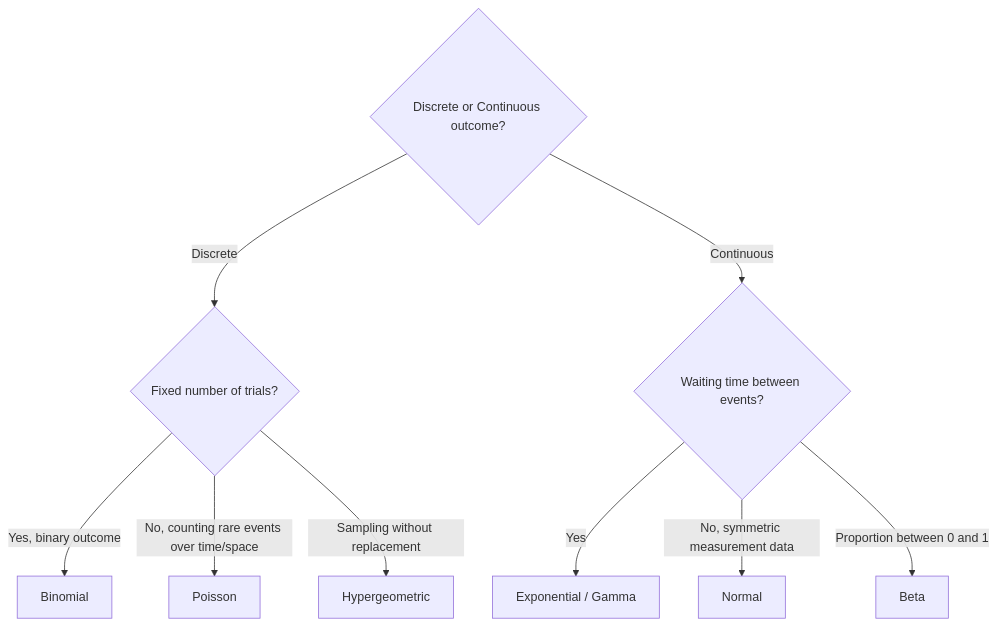
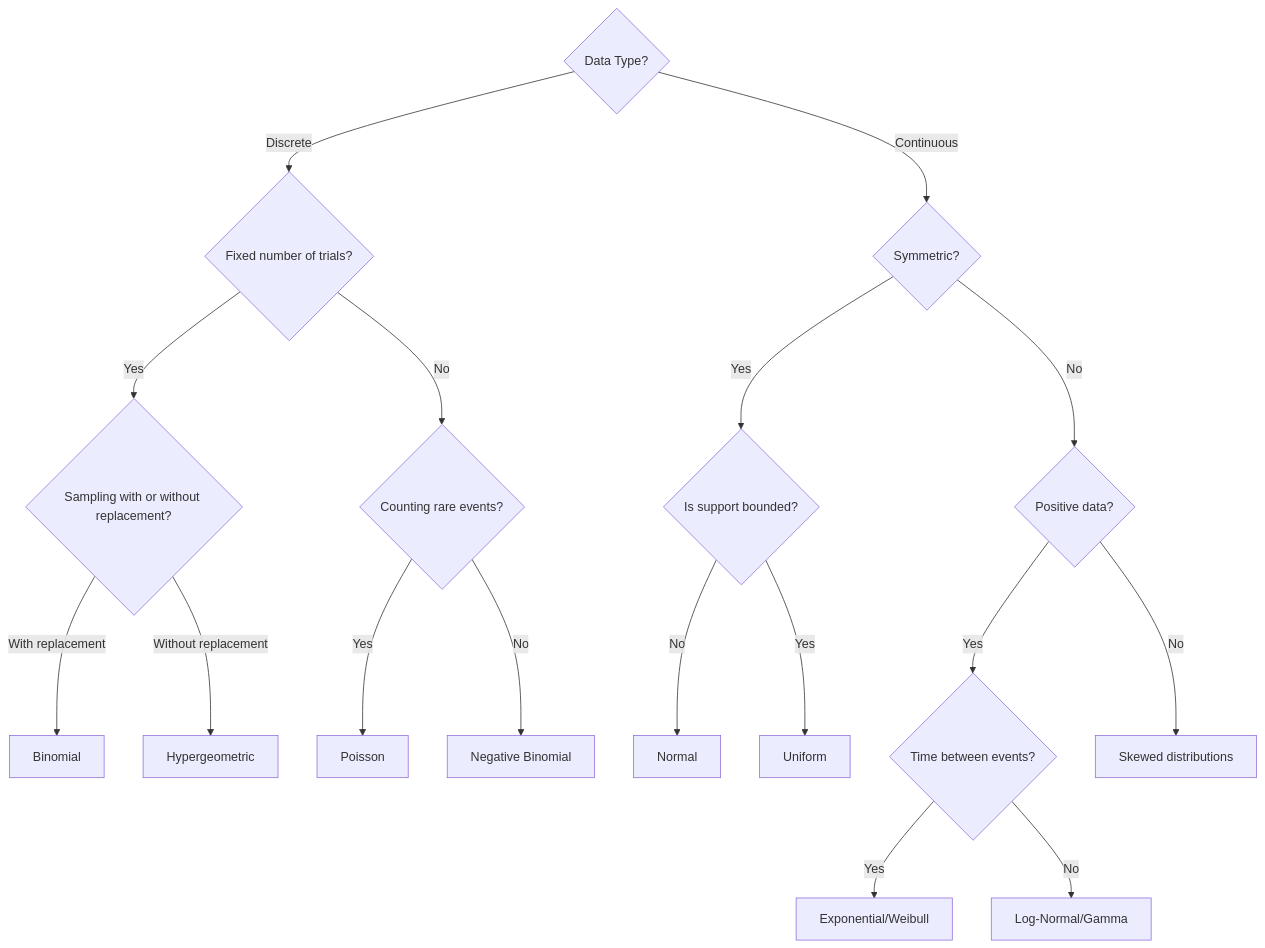
One commit to muhammadsalek/statistics-for-scientists changed the third of 4 diagrams in 06-probability-distributions.md. Above: the diagram before and after it, drawn with Mermaid. The commit also changed other lines of this file, not shown here.

````diff
--- a/06-probability-distributions.md
+++ b/06-probability-distributions.md
@@ -139,11 +1178,19 @@
 ```mermaid
 flowchart TD
-    A{Discrete or Continuous outcome?} -->|Discrete| B{Fixed number of trials?}
-    B -->|Yes, binary outcome| C[Binomial]
-    B -->|No, counting rare events over time/space| D[Poisson]
-    B -->|Sampling without replacement| E[Hypergeometric]
-    A -->|Continuous| F{Waiting time between events?}
-    F -->|Yes| G[Exponential / Gamma]
-    F -->|No, symmetric measurement data| H[Normal]
-    F -->|Proportion between 0 and 1| I[Beta]
+    A{Data Type?} -->|Discrete| B{Fixed number of trials?}
+    B -->|Yes| C{Sampling with or without replacement?}
+    C -->|With replacement| D[Binomial]
+    C -->|Without replacement| E[Hypergeometric]
+    B -->|No| F{Counting rare events?}
+    F -->|Yes| G[Poisson]
+    F -->|No| H[Negative Binomial]
+    A -->|Continuous| I{Symmetric?}
+    I -->|Yes| J{Is support bounded?}
+    J -->|No| K[Normal]
+    J -->|Yes| L[Uniform]
+    I -->|No| M{Positive data?}
+    M -->|Yes| N{Time between events?}
+    N -->|Yes| O[Exponential/Weibull]
+    N -->|No| P[Log-Normal/Gamma]
+    M -->|No| Q[Skewed distributions]
 ```
````
